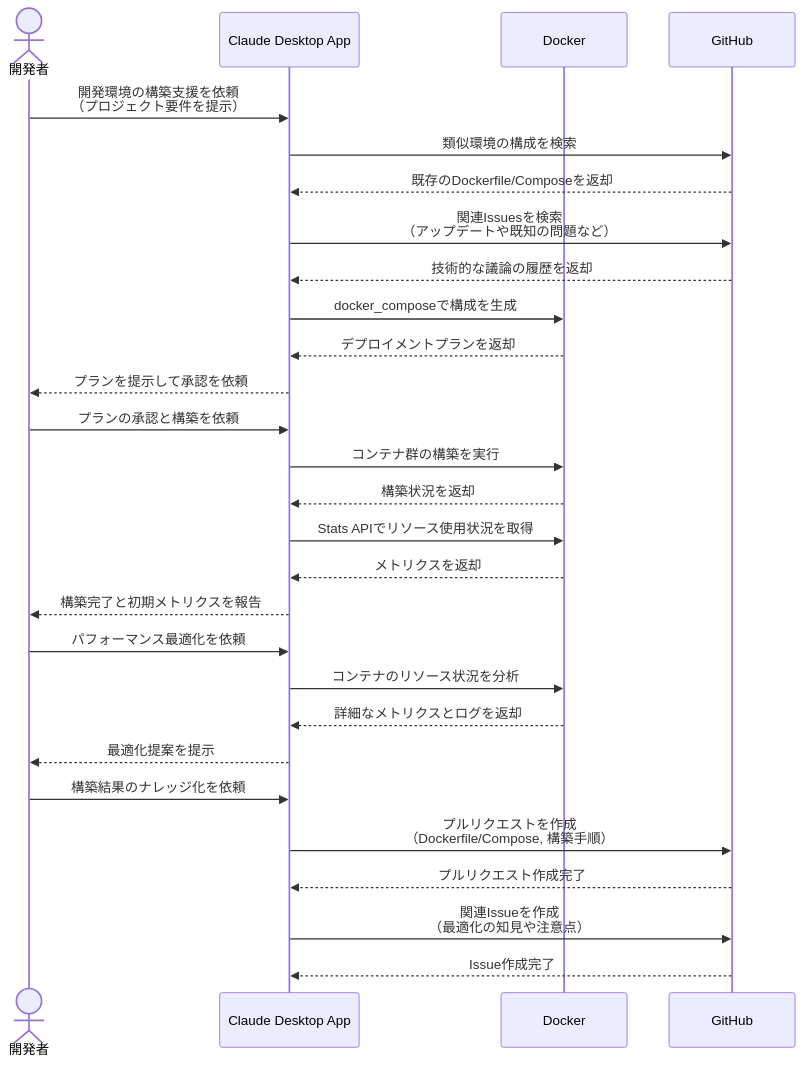
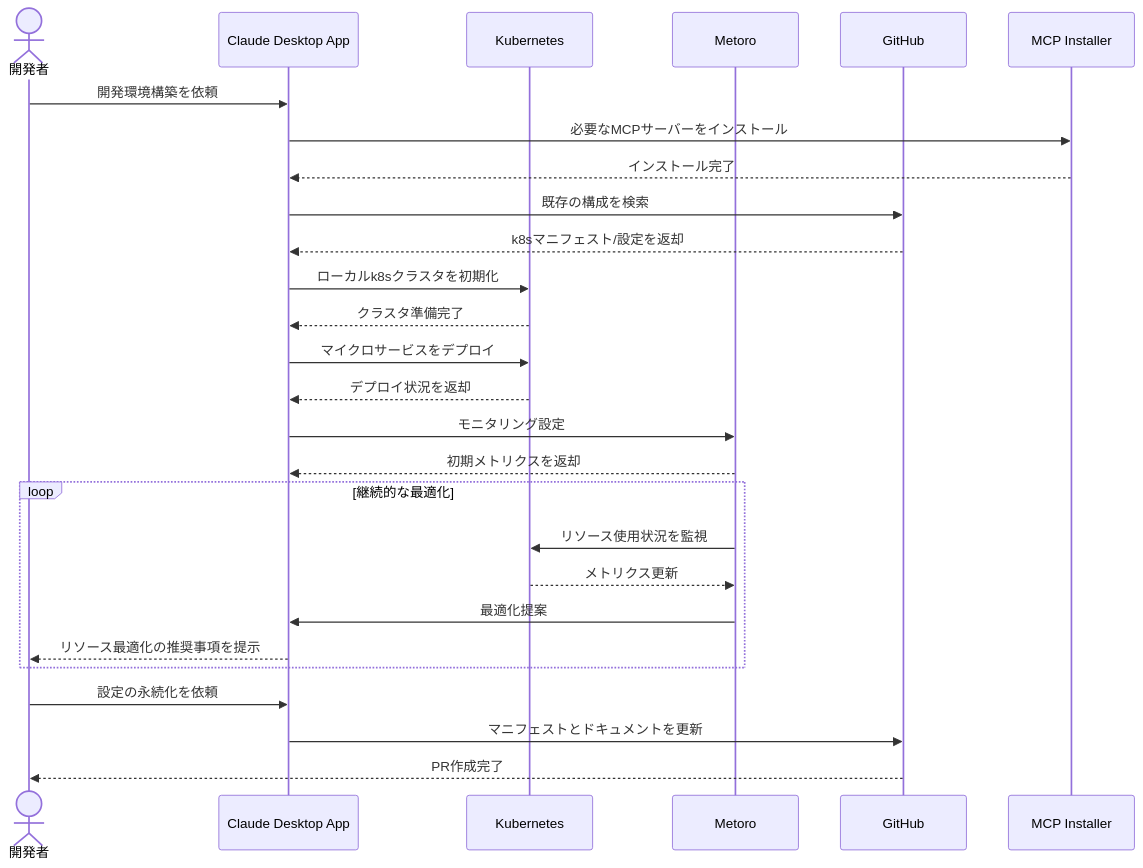
One commit to po-shu/mcp-100-ideas changed the diagram in docs/01_エンジニア/チーム全体の開発環境を最適化する.md. Above: the diagram before and after it, drawn with Mermaid. The commit also changed other lines of this file and 1 other file, not shown here.

Commit message:
docs: utilize the latest community server, 01 in progress

````diff
--- a/docs/01_エンジニア/チーム全体の開発環境を最適化する.md
+++ b/docs/01_エンジニア/チーム全体の開発環境を最適化する.md
@@ -16,35 +18,36 @@
 ```mermaid
 sequenceDiagram
-    actor User as 開発者
+    actor Dev as 開発者
     participant CAP as Claude Desktop App
-    participant Docker as Docker
+    participant K8s as Kubernetes
+    participant Metoro as Metoro
     participant GH as GitHub
+    participant Installer as MCP Installer
 
-    User->>CAP: 開発環境の構築支援を依頼<br>（プロジェクト要件を提示）
-    CAP->>GH: 類似環境の構成を検索
-    GH-->>CAP: 既存のDockerfile/Composeを返却
-    CAP->>GH: 関連Issuesを検索<br>（アップデートや既知の問題など）
-    GH-->>CAP: 技術的な議論の履歴を返却
+    Dev->>CAP: 開発環境構築を依頼
+    CAP->>Installer: 必要なMCPサーバーをインストール
+    Installer-->>CAP: インストール完了
+
+    CAP->>GH: 既存の構成を検索
+    GH-->>CAP: k8sマニフェスト/設定を返却
     
-    CAP->>Docker: docker_composeで構成を生成
-    Docker-->>CAP: デプロイメントプランを返却
-    CAP-->>User: プランを提示して承認を依頼
-    User->>CAP: プランの承認と構築を依頼
+    CAP->>K8s: ローカルk8sクラスタを初期化
+    K8s-->>CAP: クラスタ準備完了
     
-    CAP->>Docker: コンテナ群の構築を実行
-    Docker-->>CAP: 構築状況を返却
-    CAP->>Docker: Stats APIでリソース使用状況を取得
-    Docker-->>CAP: メトリクスを返却
-    CAP-->>User: 構築完了と初期メトリクスを報告
+    CAP->>K8s: マイクロサービスをデプロイ
+    K8s-->>CAP: デプロイ状況を返却
     
-    User->>CAP: パフォーマンス最適化を依頼
-    CAP->>Docker: コンテナのリソース状況を分析
-    Docker-->>CAP: 詳細なメトリクスとログを返却
-    CAP-->>User: 最適化提案を提示
+    CAP->>Metoro: モニタリング設定
+    Metoro-->>CAP: 初期メトリクスを返却
     
-    User->>CAP: 構築結果のナレッジ化を依頼
-    CAP->>GH: プルリクエストを作成<br>（Dockerfile/Compose, 構築手順）
-    GH-->>CAP: プルリクエスト作成完了
-    CAP->>GH: 関連Issueを作成<br>（最適化の知見や注意点）
-    GH-->>CAP: Issue作成完了
+    loop 継続的な最適化
+        Metoro->>K8s: リソース使用状況を監視
+        K8s-->>Metoro: メトリクス更新
+        Metoro->>CAP: 最適化提案
+        CAP-->>Dev: リソース最適化の推奨事項を提示
+    end
+
+    Dev->>CAP: 設定の永続化を依頼
+    CAP->>GH: マニフェストとドキュメントを更新
+    GH-->>Dev: PR作成完了
 ```
````
